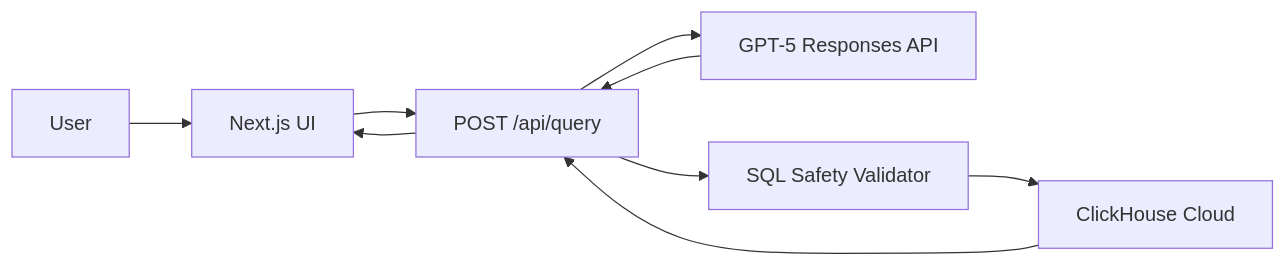
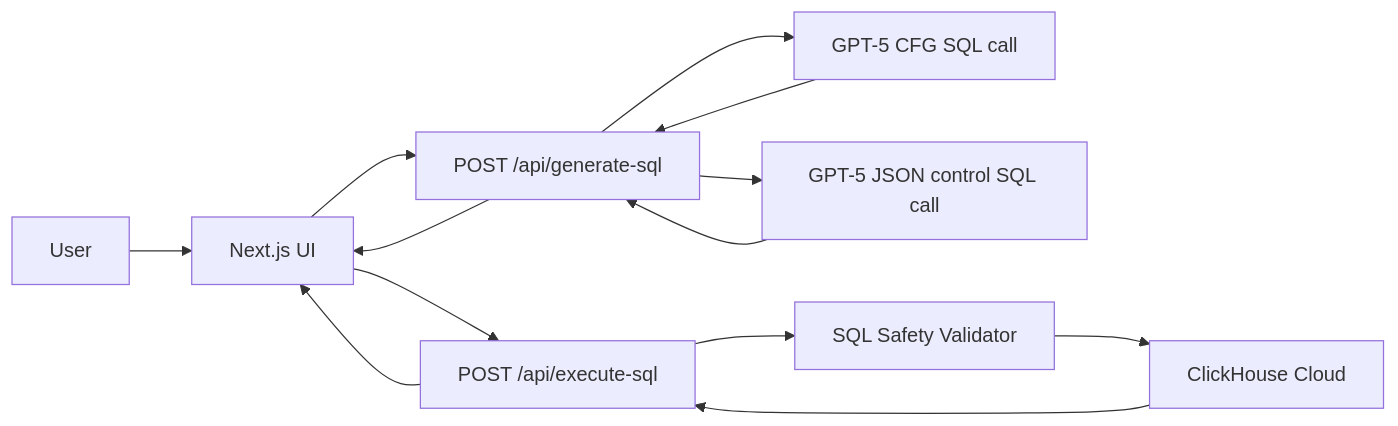
One commit to rifftu/cfg-taxi-app changed the diagram in system-design-tech-spec.md. Above: the diagram before and after it, drawn with Mermaid. The commit also changed other lines of this file and 26 other files, not shown here.

````diff
--- a/system-design-tech-spec.md
+++ b/system-design-tech-spec.md
@@ -41,11 +41,15 @@
 ```mermaid
 flowchart LR
     User[User] --> WebApp[Next.js UI]
-    WebApp --> ApiRoute[POST /api/query]
-    ApiRoute --> OpenAI[GPT-5 Responses API]
-    OpenAI --> ApiRoute
-    ApiRoute --> Safety[SQL Safety Validator]
+    WebApp --> GenerateRoute[POST /api/generate-sql]
+    GenerateRoute --> CFGOpenAI[GPT-5 CFG SQL call]
+    GenerateRoute --> ControlOpenAI[GPT-5 JSON control SQL call]
+    CFGOpenAI --> GenerateRoute
+    ControlOpenAI --> GenerateRoute
+    GenerateRoute --> WebApp
+    WebApp --> ExecuteRoute[POST /api/execute-sql]
+    ExecuteRoute --> Safety[SQL Safety Validator]
     Safety --> ClickHouse[ClickHouse Cloud]
-    ClickHouse --> ApiRoute
-    ApiRoute --> WebApp
+    ClickHouse --> ExecuteRoute
+    ExecuteRoute --> WebApp
 ```
````
